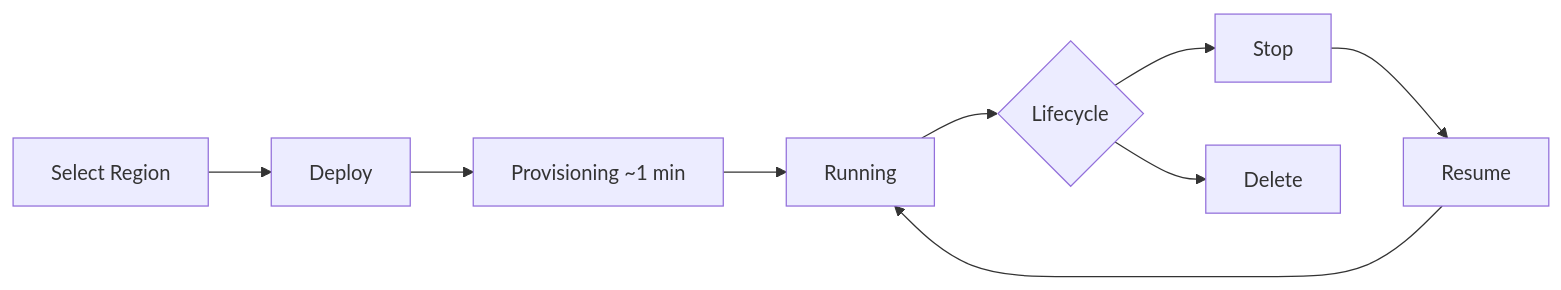
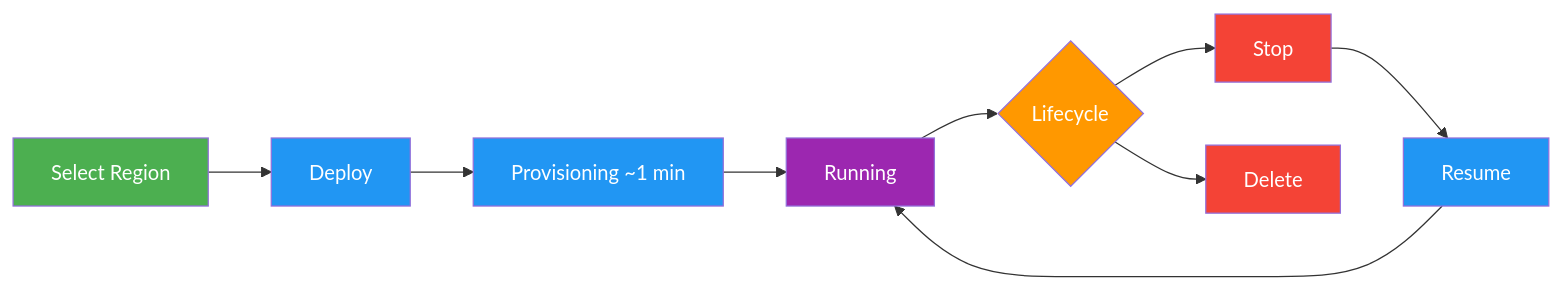
Before and after one commit to medusa717/AI-ULTRALYTICS: the third of 3 diagrams in docs/en/platform/quickstart.md, drawn with Mermaid. The commit also changed other lines of this file and 18 other files, not shown here.

Commit message:
Standardize Mermaid diagram colors across docs (#24932)

````diff
--- a/docs/en/platform/quickstart.md
+++ b/docs/en/platform/quickstart.md
@@ -326,11 +334,17 @@
 ```mermaid
 graph LR
-    A[Select Region] --> B[Deploy]
-    B --> C[Provisioning ~1 min]
-    C --> D[Running]
-    D --> E{Lifecycle}
-    E --> F[Stop]
-    E --> G[Delete]
-    F --> H[Resume]
+    A[Select Region]:::start --> B[Deploy]:::proc
+    B --> C[Provisioning ~1 min]:::proc
+    C --> D[Running]:::out
+    D --> E{Lifecycle}:::decide
+    E --> F[Stop]:::error
+    E --> G[Delete]:::error
+    F --> H[Resume]:::proc
     H --> D
+
+    classDef start fill:#4CAF50,color:#fff
+    classDef proc fill:#2196F3,color:#fff
+    classDef decide fill:#FF9800,color:#fff
+    classDef out fill:#9C27B0,color:#fff
+    classDef error fill:#F44336,color:#fff
 ```
````
